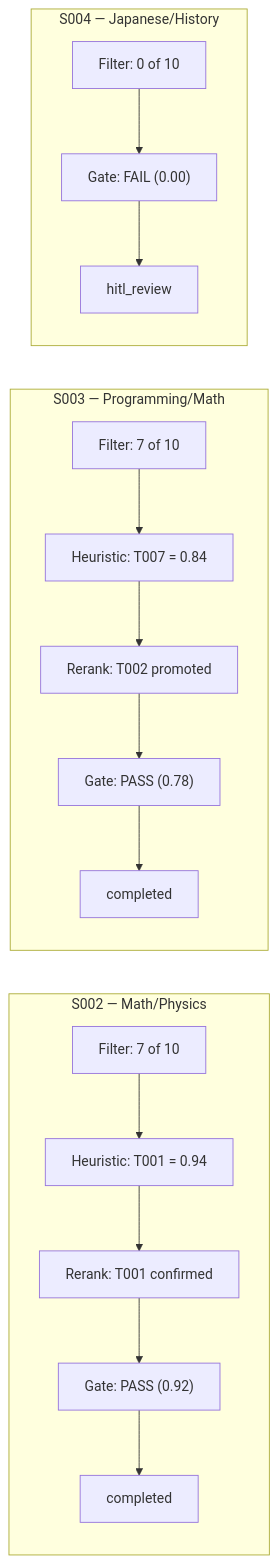
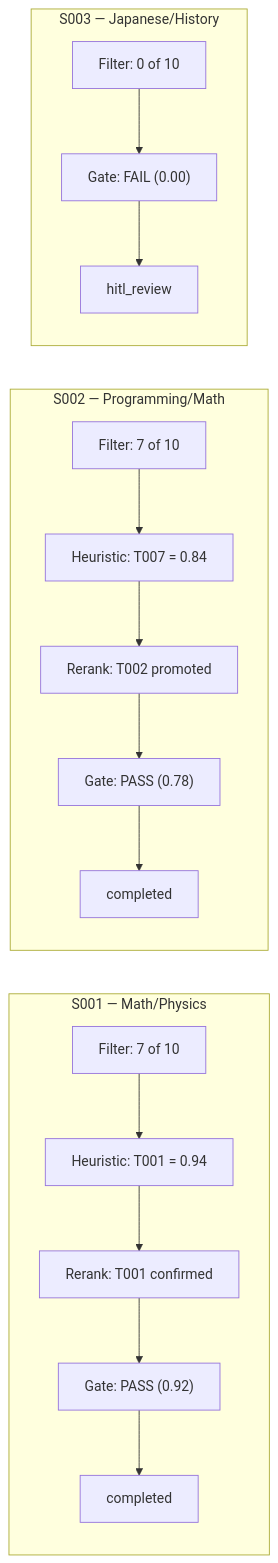
Before and after one commit to JackTran15/TF_AI_Engineer_Assignment: the second of 2 diagrams in output.md, drawn with Mermaid. The commit also changed other lines of this file and 17 other files, not shown here.

````diff
--- a/output.md
+++ b/output.md
@@ -568,27 +568,27 @@
 ```mermaid
 flowchart LR
-    subgraph s002 ["S002 — Math/Physics"]
+    subgraph s001 ["S001 — Math/Physics"]
+        s001_filter["Filter: 7 of 10"]
+        s001_score["Heuristic: T001 = 0.94"]
+        s001_rerank["Rerank: T001 confirmed"]
+        s001_gate["Gate: PASS (0.92)"]
+        s001_out["completed"]
+        s001_filter --> s001_score --> s001_rerank --> s001_gate --> s001_out
+    end
+
+    subgraph s002 ["S002 — Programming/Math"]
         s002_filter["Filter: 7 of 10"]
-        s002_score["Heuristic: T001 = 0.94"]
-        s002_rerank["Rerank: T001 confirmed"]
-        s002_gate["Gate: PASS (0.92)"]
+        s002_score["Heuristic: T007 = 0.84"]
+        s002_rerank["Rerank: T002 promoted"]
+        s002_gate["Gate: PASS (0.78)"]
         s002_out["completed"]
         s002_filter --> s002_score --> s002_rerank --> s002_gate --> s002_out
     end
 
-    subgraph s003 ["S003 — Programming/Math"]
-        s003_filter["Filter: 7 of 10"]
-        s003_score["Heuristic: T007 = 0.84"]
-        s003_rerank["Rerank: T002 promoted"]
-        s003_gate["Gate: PASS (0.78)"]
-        s003_out["completed"]
-        s003_filter --> s003_score --> s003_rerank --> s003_gate --> s003_out
-    end
-
-    subgraph s004 ["S004 — Japanese/History"]
-        s004_filter["Filter: 0 of 10"]
-        s004_gate["Gate: FAIL (0.00)"]
-        s004_out["hitl_review"]
-        s004_filter --> s004_gate --> s004_out
+    subgraph s003 ["S003 — Japanese/History"]
+        s003_filter["Filter: 0 of 10"]
+        s003_gate["Gate: FAIL (0.00)"]
+        s003_out["hitl_review"]
+        s003_filter --> s003_gate --> s003_out
     end
 ```
````
